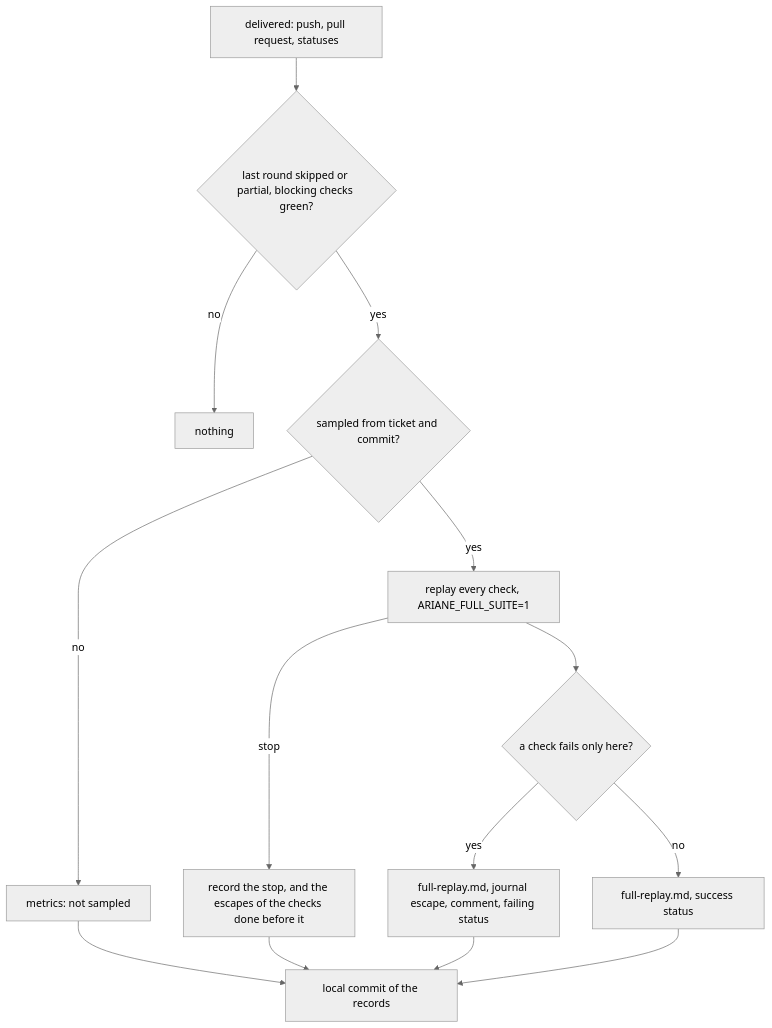
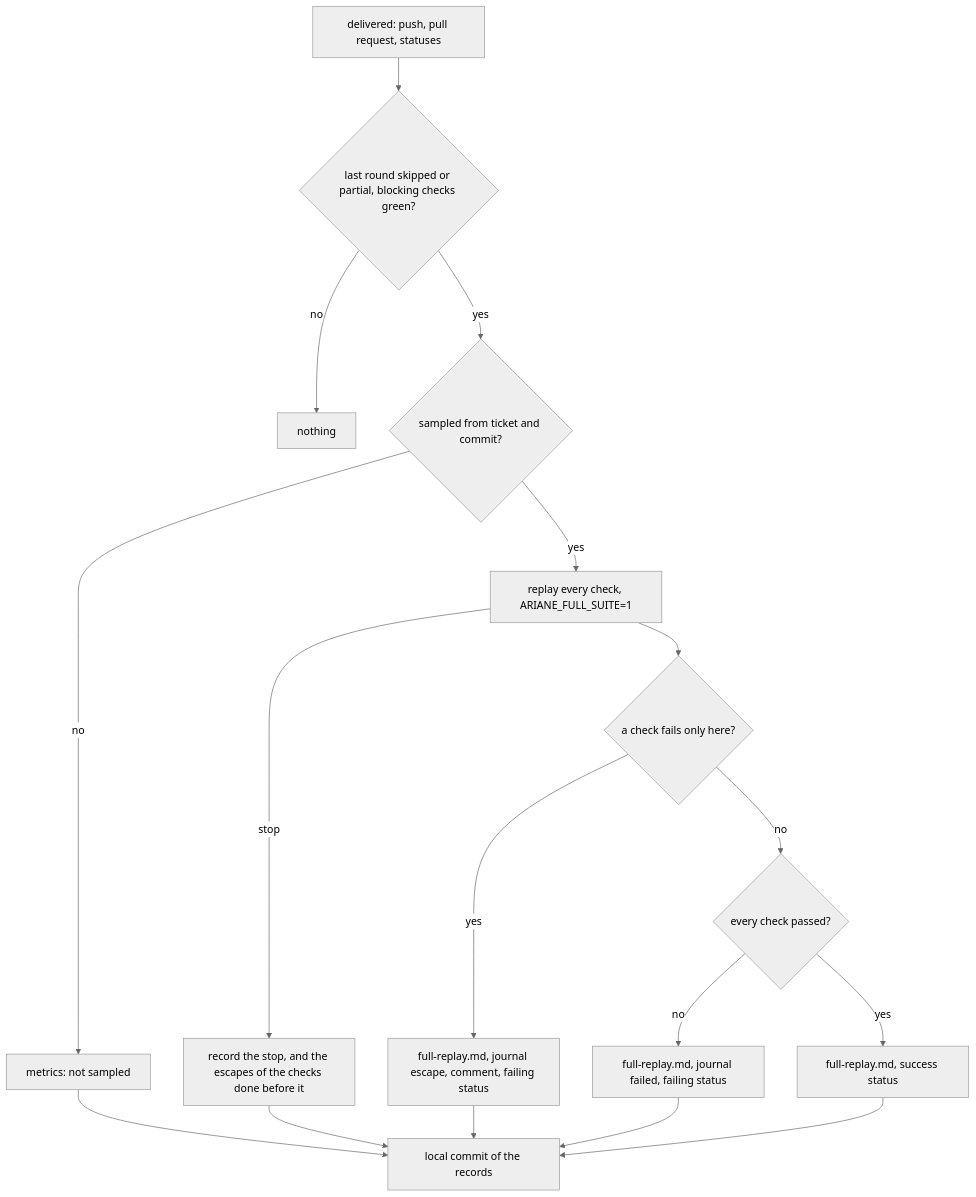
Before and after one commit to plaplanche/ariane: the first of 3 diagrams in docs/architecture/modules/full_replay.md, drawn with Mermaid (neutral theme). The commit also changed 5 other files, not shown here.

First line of the commit message:
#186: hand takeover: the full replay's verdict is every result's, interrupted escapes stay counted (C9, C19, ADR 0056)

````diff
--- a/docs/architecture/modules/full_replay.md
+++ b/docs/architecture/modules/full_replay.md
@@ -31,16 +31,19 @@
 ```mermaid
 flowchart TD
 A[delivered: push, pull request, statuses] --> B{last round skipped or partial, blocking checks green?}
   B -->|no| Z[nothing]
   B -->|yes| C{sampled from ticket and commit?}
   C -->|no| D[metrics: not sampled]
   C -->|yes| E[replay every check, ARIANE_FULL_SUITE=1]
   E -->|stop| F[record the stop, and the escapes of the checks done before it]
   E --> G{a check fails only here?}
   G -->|yes| H[full-replay.md, journal escape, comment, failing status]
-  G -->|no| I[full-replay.md, success status]
+  G -->|no| K{every check passed?}
+  K -->|yes| I[full-replay.md, success status]
+  K -->|no| L[full-replay.md, journal failed, failing status]
   D --> J[local commit of the records]
   F --> J
   H --> J
+  L --> J
   I --> J
 ```
````
